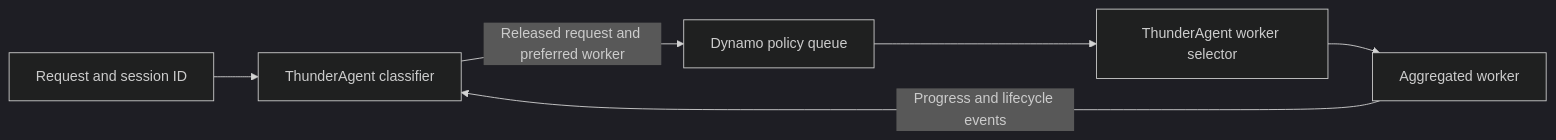
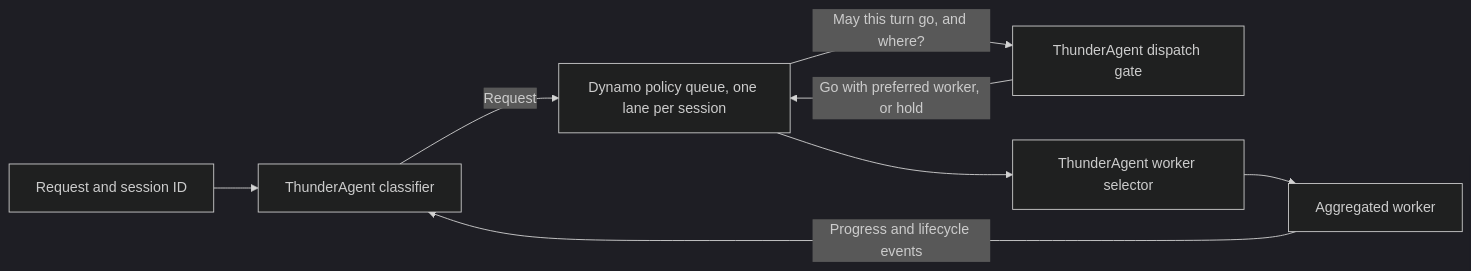
One commit to ishandhanani/dynamo changed the diagram in docs/fern/pages/use-cases/agents/thunderagent-program-scheduler.md. Above: the diagram before and after it, drawn with Mermaid (dark theme). The commit also changed other lines of this file and 7 other files, not shown here.

First line of the commit message:
refactor(thunderagent): move admission onto the dispatch gate

````diff
--- a/docs/fern/pages/use-cases/agents/thunderagent-program-scheduler.md
+++ b/docs/fern/pages/use-cases/agents/thunderagent-program-scheduler.md
@@ -44,8 +44,10 @@
 ```mermaid
 flowchart LR
     A[Request and session ID] --> B[ThunderAgent classifier]
-    B -->|Released request and preferred worker| C[Dynamo policy queue]
+    B -->|Request| C[Dynamo policy queue, one lane per session]
+    C -->|May this turn go, and where?| G[ThunderAgent dispatch gate]
+    G -->|Go with preferred worker, or hold| C
     C --> D[ThunderAgent worker selector]
     D --> E[Aggregated worker]
     E -->|Progress and lifecycle events| B
 ```
````
